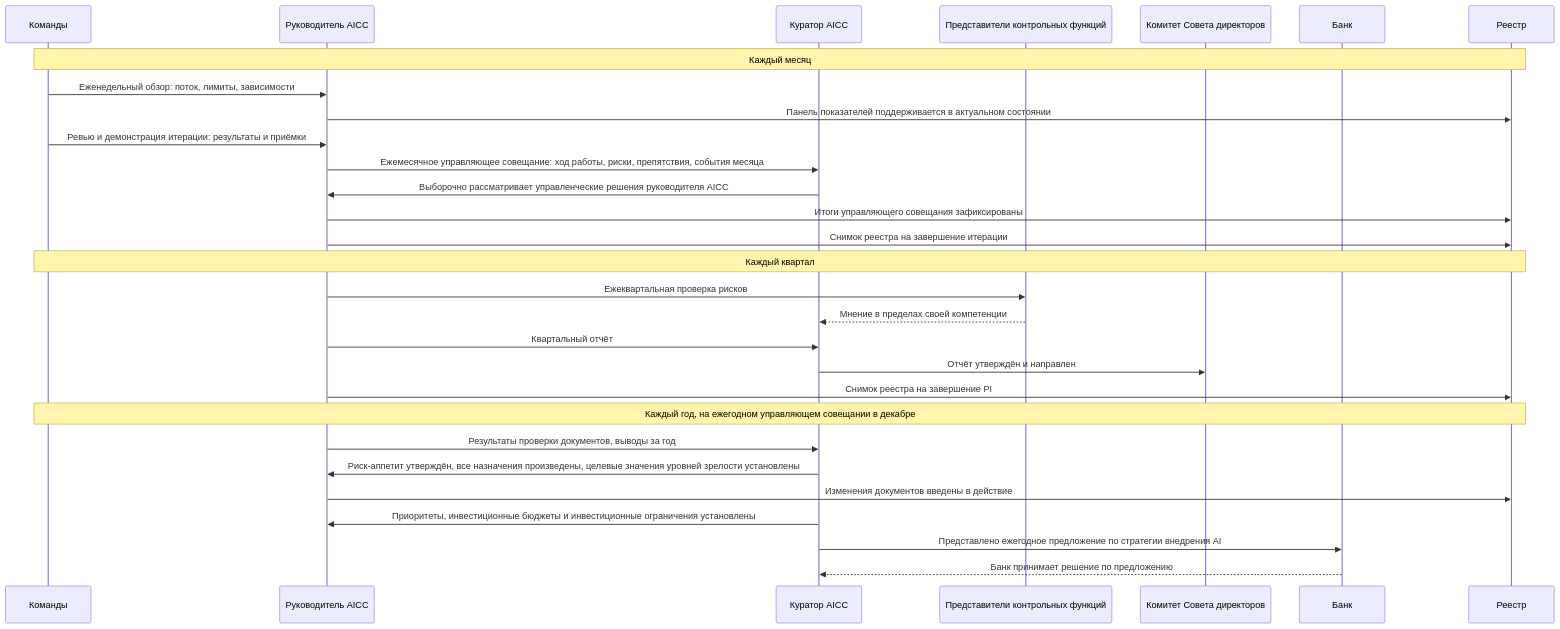
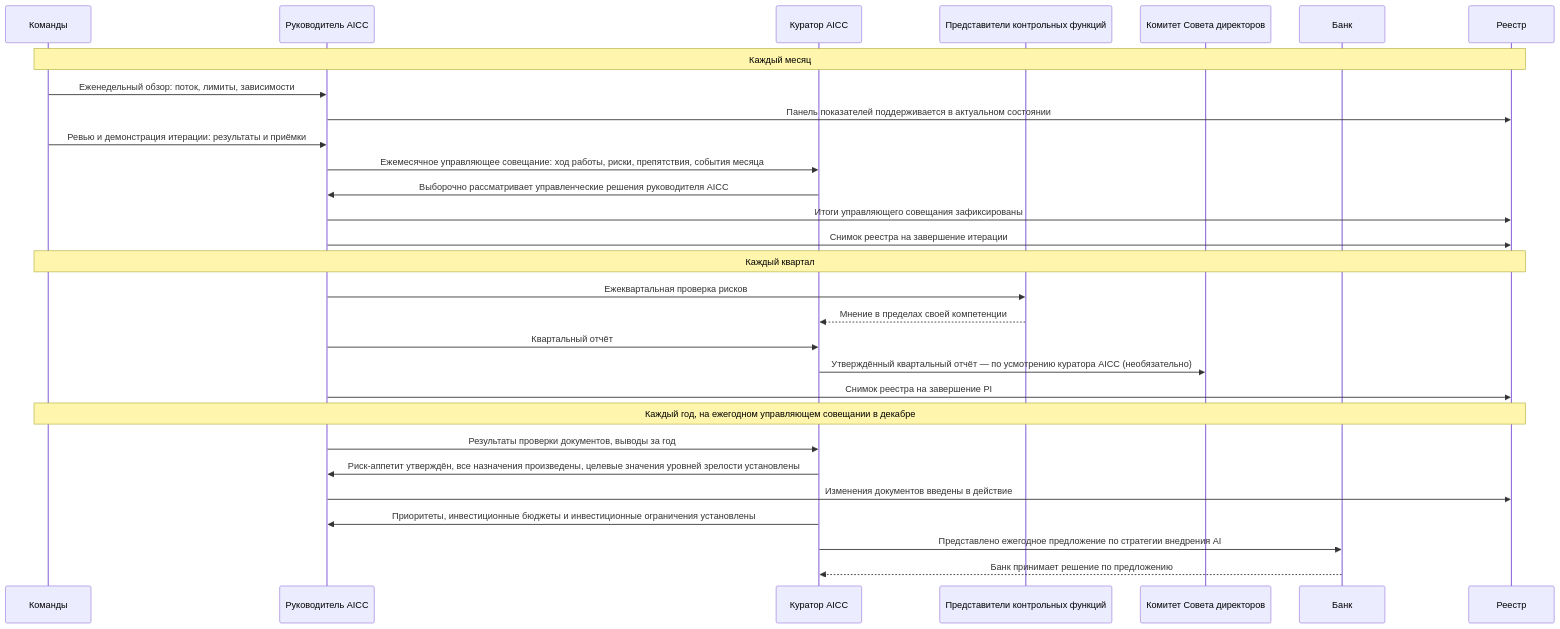
The third of 6 diagrams in charter/ru/workflows/unit-governance.md (devhogu/ob-aicc), drawn with Mermaid before and after one commit. The commit also changed other lines of this file and 150 other files, not shown here.

````diff
--- a/charter/ru/workflows/unit-governance.md
+++ b/charter/ru/workflows/unit-governance.md
@@ -84,31 +84,31 @@
 ```mermaid
 sequenceDiagram
   participant T as Команды
   participant L as Руководитель AICC
   participant ES as Куратор AICC
   participant CF as Представители контрольных функций
   participant BC as Комитет Совета директоров
   participant BK as Банк
   participant R as Реестр
   Note over T,R: Каждый месяц
   T->>L: Еженедельный обзор: поток, лимиты, зависимости
   L->>R: Панель показателей поддерживается в актуальном состоянии
   T->>L: Ревью и демонстрация итерации: результаты и приёмки
   L->>ES: Ежемесячное управляющее совещание: ход работы, риски, препятствия, события месяца
   ES->>L: Выборочно рассматривает управленческие решения руководителя AICC
   L->>R: Итоги управляющего совещания зафиксированы
   L->>R: Снимок реестра на завершение итерации
   Note over T,R: Каждый квартал
   L->>CF: Ежеквартальная проверка рисков
   CF-->>ES: Мнение в пределах своей компетенции
   L->>ES: Квартальный отчёт
-  ES->>BC: Отчёт утверждён и направлен
+  ES->>BC: Утверждённый квартальный отчёт — по усмотрению куратора AICC (необязательно)
   L->>R: Снимок реестра на завершение PI
   Note over T,R: Каждый год, на ежегодном управляющем совещании в декабре
   L->>ES: Результаты проверки документов, выводы за год
   ES->>L: Риск-аппетит утверждён, все назначения произведены, целевые значения уровней зрелости установлены
   L->>R: Изменения документов введены в действие
   ES->>L: Приоритеты, инвестиционные бюджеты и инвестиционные ограничения установлены
   ES->>BK: Представлено ежегодное предложение по стратегии внедрения AI
   BK-->>ES: Банк принимает решение по предложению
 ```
````
